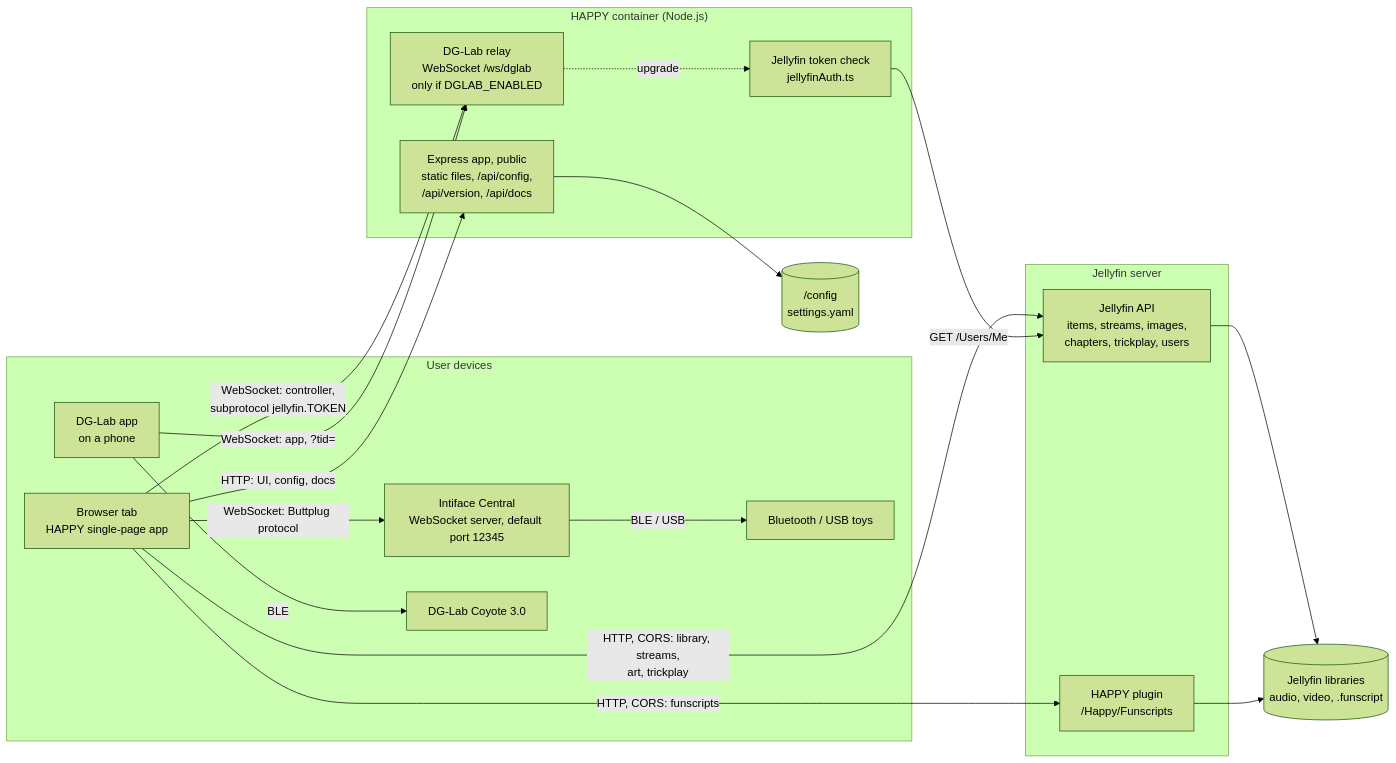
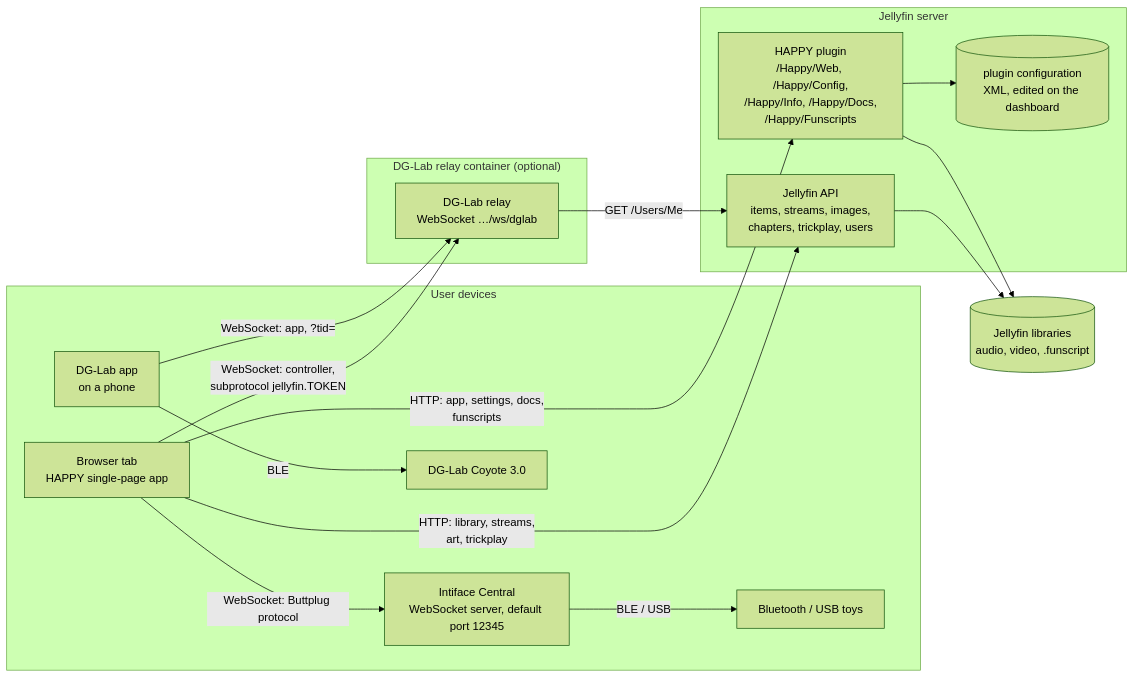
Before and after one commit to lumbar-spine-support/docker-haptic-player: the first of 3 diagrams in docs/developer/architecture.md, drawn with Mermaid (forest theme). The commit also changed other lines of this file and 54 other files, not shown here.

First line of the commit message:
feat!: remove the HAPPY Node server

````diff
--- a/docs/developer/architecture.md
+++ b/docs/developer/architecture.md
@@ -11,38 +11,34 @@
 ```mermaid
 flowchart LR
   subgraph userDevices["User devices"]
     Browser["Browser tab<br/>HAPPY single-page app"]
     Intiface["Intiface Central<br/>WebSocket server, default port 12345"]
     Toys["Bluetooth / USB toys"]
     DGApp["DG-Lab app<br/>on a phone"]
     Coyote["DG-Lab Coyote 3.0"]
   end
 
-  subgraph container["HAPPY container (Node.js)"]
-    Express["Express app, public<br/>static files, /api/config,<br/>/api/version, /api/docs"]
-    Relay["DG-Lab relay<br/>WebSocket /ws/dglab<br/>only if DGLAB_ENABLED"]
-    TokenCheck["Jellyfin token check<br/>jellyfinAuth.ts"]
+  subgraph jellyfin["Jellyfin server"]
+    JF["Jellyfin API<br/>items, streams, images,<br/>chapters, trickplay, users"]
+    Plugin["HAPPY plugin<br/>/Happy/Web, /Happy/Config,<br/>/Happy/Info, /Happy/Docs,<br/>/Happy/Funscripts"]
+    PluginConfig[("plugin configuration<br/>XML, edited on the dashboard")]
   end
 
-  subgraph jellyfin["Jellyfin server"]
-    JF["Jellyfin API<br/>items, streams, images,<br/>chapters, trickplay, users"]
-    Plugin["HAPPY plugin<br/>/Happy/Funscripts"]
+  subgraph relayContainer["DG-Lab relay container (optional)"]
+    Relay["DG-Lab relay<br/>WebSocket …/ws/dglab"]
   end
 
   MediaVol[("Jellyfin libraries<br/>audio, video, .funscript")]
-  ConfigVol[("/config<br/>settings.yaml")]
 
-  Browser -- "HTTP: UI, config, docs" --> Express
-  Browser -- "HTTP, CORS: library, streams,<br/>art, trickplay" --> JF
-  Browser -- "HTTP, CORS: funscripts" --> Plugin
+  Browser -- "HTTP: app, settings, docs,<br/>funscripts" --> Plugin
+  Browser -- "HTTP: library, streams,<br/>art, trickplay" --> JF
   Browser -- "WebSocket: Buttplug protocol" --> Intiface
   Intiface -- "BLE / USB" --> Toys
   Browser -- "WebSocket: controller,<br/>subprotocol jellyfin.TOKEN" --> Relay
-  Relay -. "upgrade" .-> TokenCheck
-  TokenCheck -- "GET /Users/Me" --> JF
+  Relay -- "GET /Users/Me" --> JF
   DGApp -- "WebSocket: app, ?tid=" --> Relay
   DGApp -- BLE --> Coyote
-  Express --> ConfigVol
+  Plugin --> PluginConfig
   JF --> MediaVol
   Plugin --> MediaVol
 ```
````
